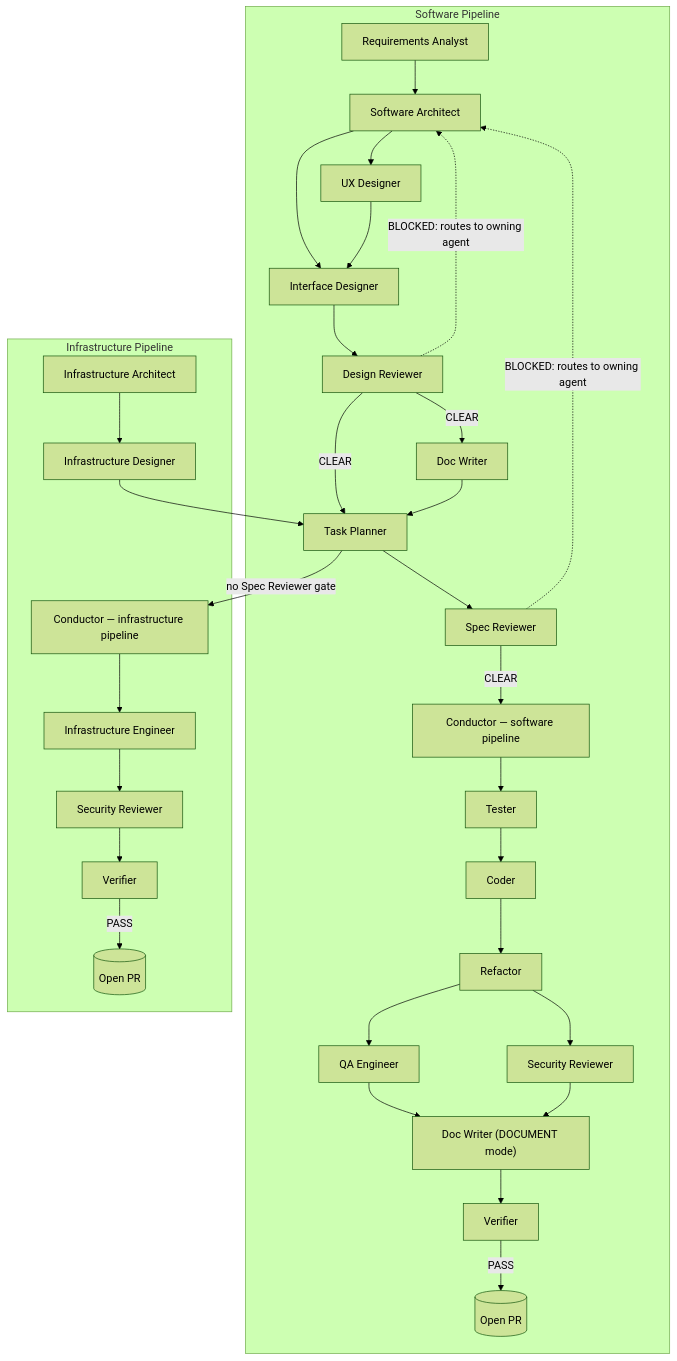
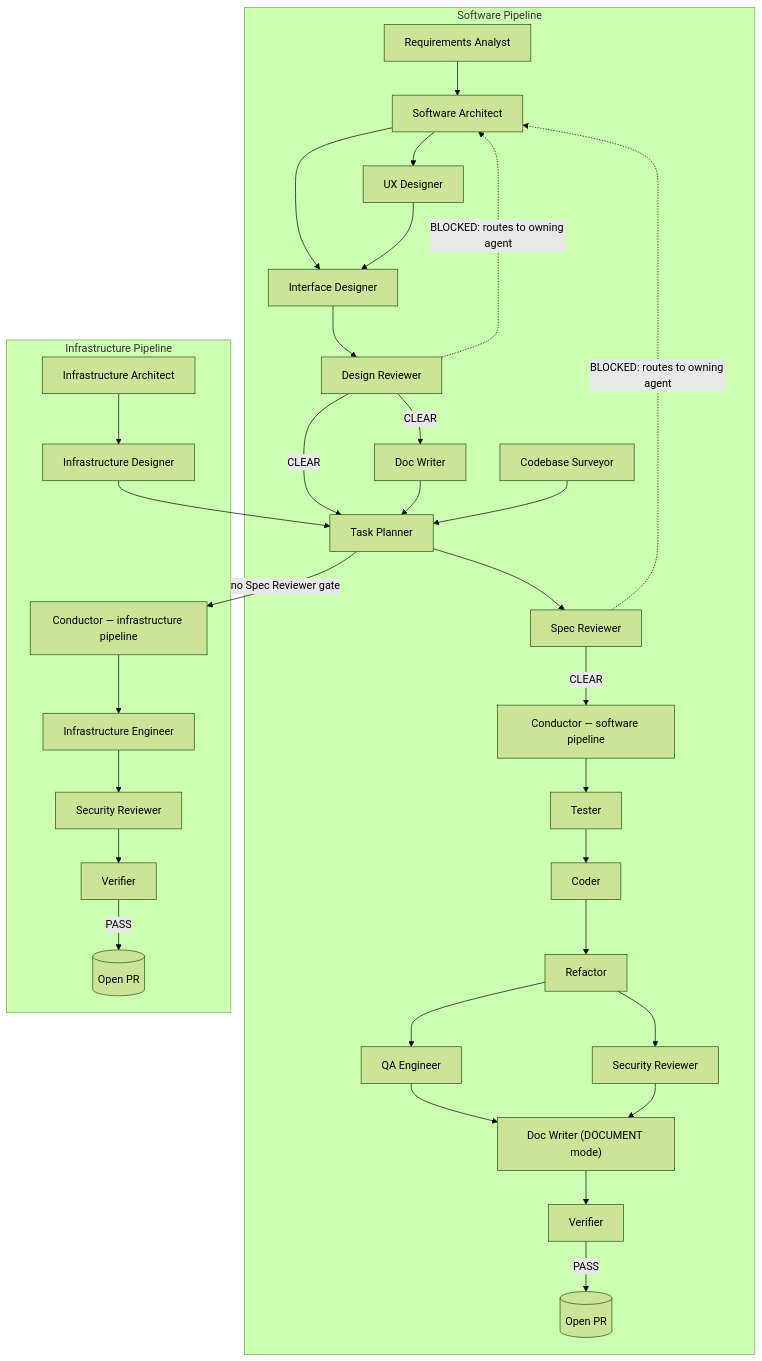
The diagram in claude-agents/README.md (pvandervelde/llm-prompt-engineering), drawn with Mermaid (forest theme) before and after one commit. The commit also changed other lines of this file and 4 other files, not shown here.

````diff
--- a/claude-agents/README.md
+++ b/claude-agents/README.md
@@ -12,54 +12,56 @@
 ```mermaid
 flowchart TD
     subgraph Software Pipeline
         ReqAnalyst["Requirements Analyst"]
         Architect["Software Architect"]
         UX["UX Designer"]
         IFace["Interface Designer"]
         DesignRev["Design Reviewer"]
         Doc["Doc Writer"]
+        CodeSurvey["Codebase Surveyor"]
         Plan["Task Planner"]
         SpecRev["Spec Reviewer"]
         CondSW["Conductor — software pipeline"]
         Tester["Tester"]
         Coder["Coder"]
         Refactor["Refactor"]
         QA["QA Engineer"]
         Sec["Security Reviewer"]
         Verifier["Verifier"]
 
         ReqAnalyst --> Architect
         Architect --> IFace
         Architect --> UX
         UX --> IFace
         IFace --> DesignRev
         DesignRev -->|CLEAR| Doc
         DesignRev -->|CLEAR| Plan
         DesignRev -.->|BLOCKED: routes to owning agent| Architect
         Doc --> Plan
+        CodeSurvey --> Plan
         Plan --> SpecRev
         SpecRev -->|CLEAR| CondSW
         SpecRev -.->|BLOCKED: routes to owning agent| Architect
         CondSW --> Tester --> Coder --> Refactor
         Refactor --> QA
         Refactor --> Sec
         QA --> Doc2["Doc Writer (DOCUMENT mode)"]
         Sec --> Doc2
         Doc2 --> Verifier
         Verifier -->|PASS| PR1[("Open PR")]
     end
 
     subgraph Infrastructure Pipeline
         InfraArch["Infrastructure Architect"]
         InfraDes["Infrastructure Designer"]
         CondInfra["Conductor — infrastructure pipeline"]
         InfraEng["Infrastructure Engineer"]
         Sec2["Security Reviewer"]
         Verifier2["Verifier"]
 
         InfraArch --> InfraDes --> Plan
         Plan -->|no Spec Reviewer gate| CondInfra
         CondInfra --> InfraEng --> Sec2 --> Verifier2
         Verifier2 -->|PASS| PR2[("Open PR")]
     end
 ```
````
